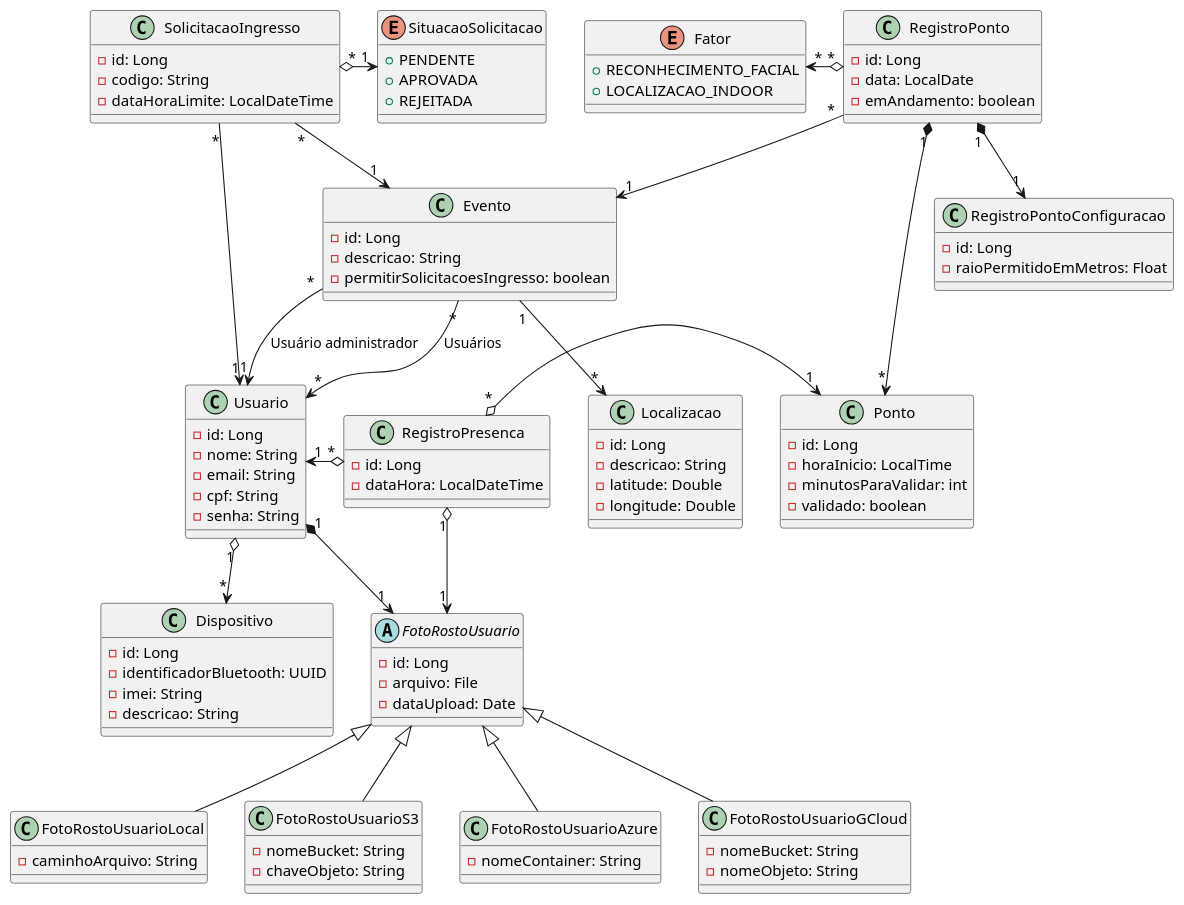
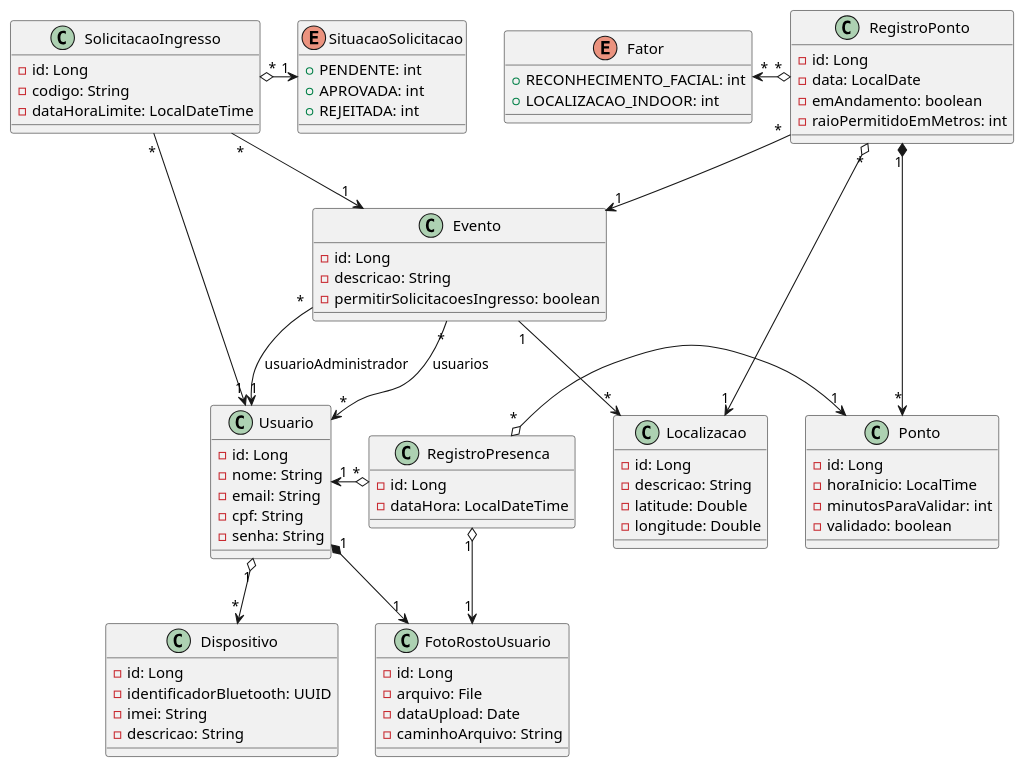
One commit to luan-coelho/faceverify changed the diagram in backend/diagram-class.plantuml. Above: the diagram before and after it, drawn with PlantUML. The commit also changed 1 other file, not shown here.

```diff
--- a/backend/diagram-class.plantuml
+++ b/backend/diagram-class.plantuml
@@ -1,119 +1,98 @@
 @startuml
 class Usuario {
     - id: Long
     - nome: String
     - email: String
     - cpf: String
     - senha: String
 }
 
 class Dispositivo {
     - id: Long
     - identificadorBluetooth: UUID
     - imei: String
     - descricao: String
 }
 
-abstract class FotoRostoUsuario {
+class FotoRostoUsuario {
     - id: Long
     - arquivo: File
     - dataUpload: Date
-}
-
-class FotoRostoUsuarioLocal {
     - caminhoArquivo: String
-}
-
-class FotoRostoUsuarioS3 {
-    - nomeBucket: String
-    - chaveObjeto: String
-}
-
-class FotoRostoUsuarioAzure {
-    - nomeContainer: String
-}
-
-class FotoRostoUsuarioGCloud {
-    - nomeBucket: String
-    - nomeObjeto: String
 }
 
 class Evento {
     - id: Long
     - descricao: String
     - permitirSolicitacoesIngresso: boolean
 }
 
 class SolicitacaoIngresso {
     - id: Long
     - codigo: String
     - dataHoraLimite: LocalDateTime
 }
 
 enum SituacaoSolicitacao {
-    + PENDENTE
-    + APROVADA
-    + REJEITADA
+    + PENDENTE: int
+    + APROVADA: int
+    + REJEITADA: int
 }
 
 class Localizacao {
     - id: Long
     - descricao: String
     - latitude: Double
     - longitude: Double
 }
 
 class RegistroPonto {
     - id: Long
     - data: LocalDate
     - emAndamento: boolean
+    - raioPermitidoEmMetros: int
 }
 
 class Ponto {
     - id: Long
     - horaInicio: LocalTime
     - minutosParaValidar: int
     - validado: boolean
 }
 
 class RegistroPresenca {
     - id: Long
     - dataHora: LocalDateTime
 }
 
-class RegistroPontoConfiguracao {
-    - id: Long
-    - raioPermitidoEmMetros: Float
-}
-
 enum Fator {
-    + RECONHECIMENTO_FACIAL
-    + LOCALIZACAO_INDOOR
+    + RECONHECIMENTO_FACIAL: int
+    + LOCALIZACAO_INDOOR: int
 }
 
 RegistroPonto "*" --> "1" Evento
-RegistroPonto "1" *-down-> "1" RegistroPontoConfiguracao
 RegistroPonto "1" *-> "*" Ponto
 RegistroPonto "*" o-left-> "*" Fator
+RegistroPonto "*" o-left-> "1" Localizacao
 
-Evento "*" --> "*" Usuario : Usuários
-Evento "*" --> "1" Usuario : Usuário administrador
+Evento "*" --> "*" Usuario : usuarios
+Evento "*" --> "1" Usuario : usuarioAdministrador
 Evento "1" --> "*" Localizacao
 
 SolicitacaoIngresso "*" --> "1" Evento
 SolicitacaoIngresso "*" --> "1" Usuario
 SolicitacaoIngresso "*" o-> "1" SituacaoSolicitacao
 
 RegistroPresenca "*" o-left-> "1" Usuario
 RegistroPresenca "*" o-> "1" Ponto
 RegistroPresenca "1" o-> "1" FotoRostoUsuario
 
 Usuario "1" o-down-> "*" Dispositivo
 Usuario "1" *-down-> "1" FotoRostoUsuario
 
-FotoRostoUsuario <|-- FotoRostoUsuarioLocal
-FotoRostoUsuario <|-- FotoRostoUsuarioS3
-FotoRostoUsuario <|-- FotoRostoUsuarioAzure
-FotoRostoUsuario <|-- FotoRostoUsuarioGCloud
+'FotoRostoUsuario <|-- FotoRostoUsuarioLocal
+'FotoRostoUsuario <|-- FotoRostoUsuarioS3
+'FotoRostoUsuario <|-- FotoRostoUsuarioAzure
+'FotoRostoUsuario <|-- FotoRostoUsuarioGCloud
 
 @enduml
```
